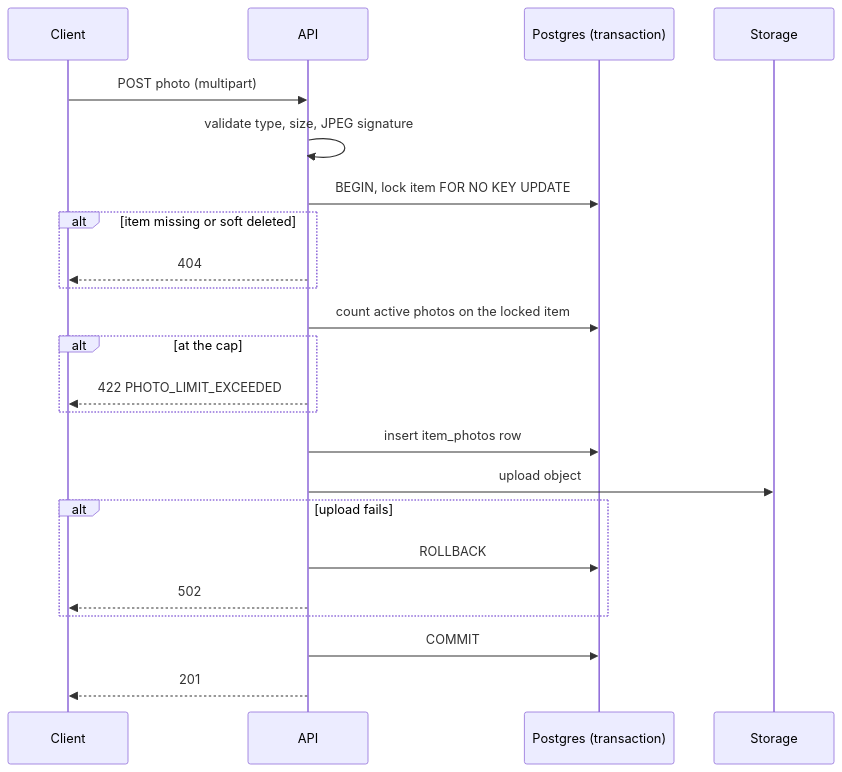
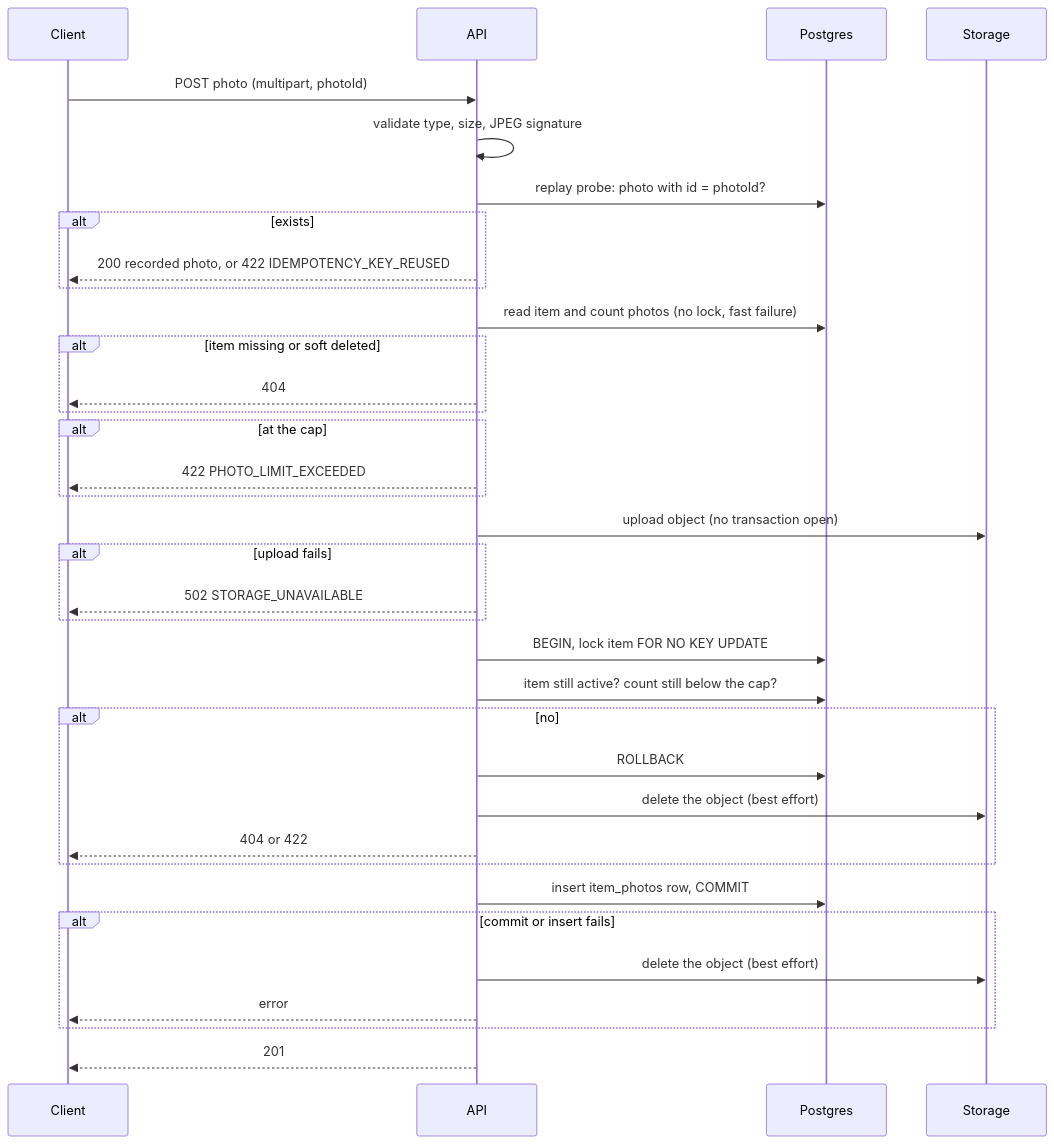
One commit to TakashiAihara/prep-hamster changed the diagram in docs/design/item-photos.md. Above: the diagram before and after it, drawn with Mermaid. The commit also changed other lines of this file and 3 other files, not shown here.

````diff
--- a/docs/design/item-photos.md
+++ b/docs/design/item-photos.md
@@ -109,25 +116,37 @@
 ```mermaid
 sequenceDiagram
   participant C as Client
   participant A as API
-  participant D as Postgres (transaction)
+  participant D as Postgres
   participant S as Storage
-  C->>A: POST photo (multipart)
+  C->>A: POST photo (multipart, photoId)
   A->>A: validate type, size, JPEG signature
-  A->>D: BEGIN, lock item FOR NO KEY UPDATE
+  A->>D: replay probe: photo with id = photoId?
+  alt exists
+    A-->>C: 200 recorded photo, or 422 IDEMPOTENCY_KEY_REUSED
+  end
+  A->>D: read item and count photos (no lock, fast failure)
   alt item missing or soft deleted
     A-->>C: 404
   end
-  A->>D: count active photos on the locked item
   alt at the cap
     A-->>C: 422 PHOTO_LIMIT_EXCEEDED
   end
-  A->>D: insert item_photos row
-  A->>S: upload object
+  A->>S: upload object (no transaction open)
   alt upload fails
+    A-->>C: 502 STORAGE_UNAVAILABLE
+  end
+  A->>D: BEGIN, lock item FOR NO KEY UPDATE
+  A->>D: item still active? count still below the cap?
+  alt no
     A->>D: ROLLBACK
-    A-->>C: 502
+    A->>S: delete the object (best effort)
+    A-->>C: 404 or 422
   end
-  A->>D: COMMIT
+  A->>D: insert item_photos row, COMMIT
+  alt commit or insert fails
+    A->>S: delete the object (best effort)
+    A-->>C: error
+  end
   A-->>C: 201
 ```
````
